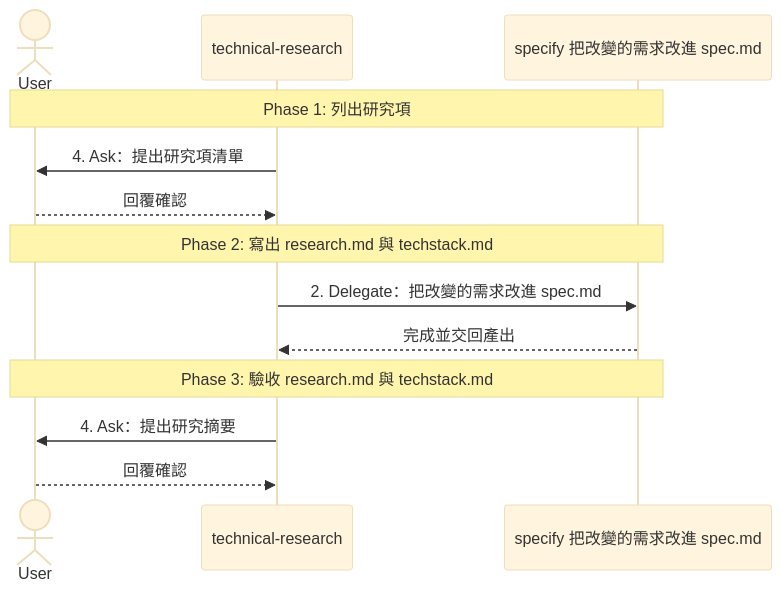
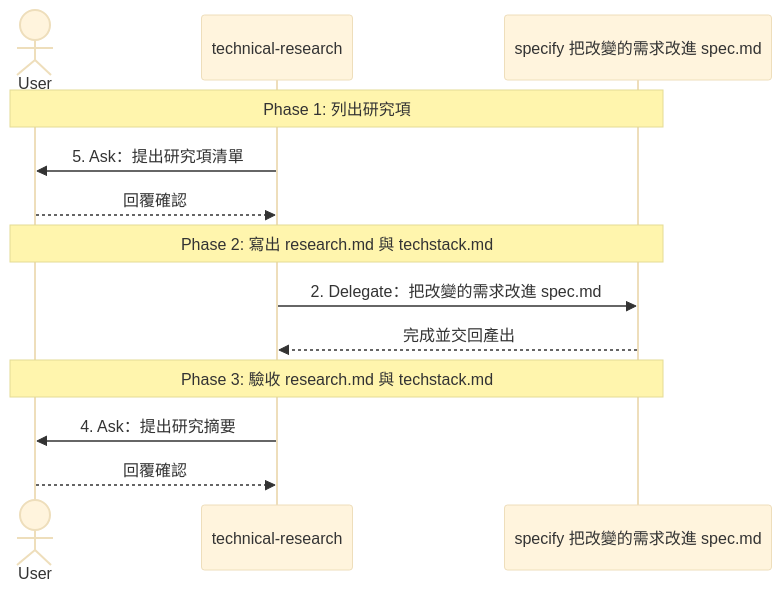
The second of 2 diagrams in .agents/skills/technical-research/SKILL.md (AI-x-BDD/BDGG-Dev-Skills), drawn with Mermaid (base theme) before and after one commit. The commit also changed other lines of this file and 5 other files, not shown here.

````diff
--- a/.agents/skills/technical-research/SKILL.md
+++ b/.agents/skills/technical-research/SKILL.md
@@ -88,15 +91,15 @@
 ```mermaid
 sequenceDiagram
     actor User
     participant Main as technical-research
     participant Sub_1 as specify 把改變的需求改進 spec.md
     Note over User,Sub_1: Phase 1: 列出研究項
-    Main->>User: 4. Ask：提出研究項清單
+    Main->>User: 5. Ask：提出研究項清單
     User-->>Main: 回覆確認
     Note over User,Sub_1: Phase 2: 寫出 research.md 與 techstack.md
     Main->>Sub_1: 2. Delegate：把改變的需求改進 spec.md
     Sub_1-->>Main: 完成並交回產出
     Note over User,Sub_1: Phase 3: 驗收 research.md 與 techstack.md
     Main->>User: 4. Ask：提出研究摘要
     User-->>Main: 回覆確認
 ```
````
